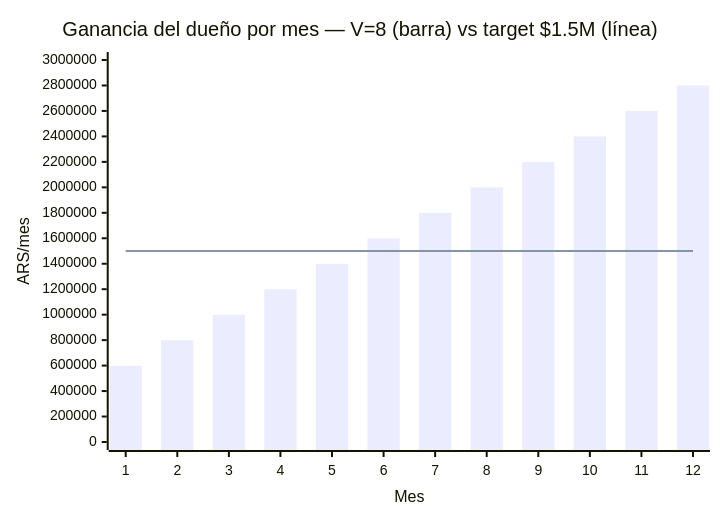
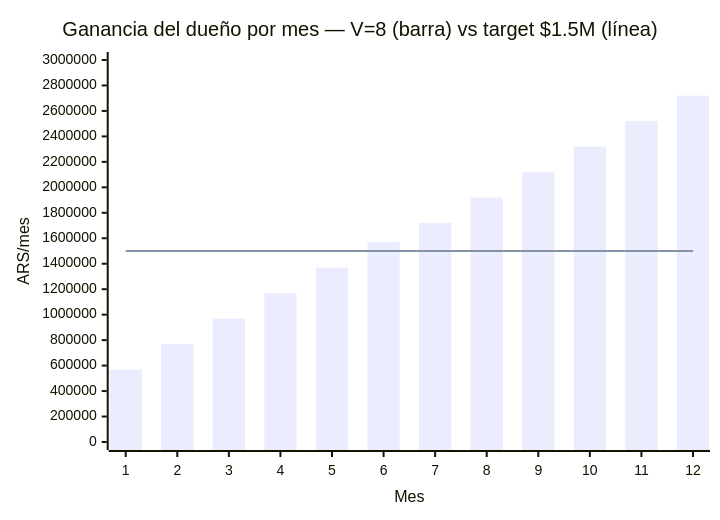
One commit to dantofema/comercial changed the first of 3 diagrams in vinotecas/lsp-vendedor.md. Above: the diagram before and after it, drawn with Mermaid. The commit also changed other lines of this file, not shown here.

````diff
--- a/vinotecas/lsp-vendedor.md
+++ b/vinotecas/lsp-vendedor.md
@@ -115,8 +124,8 @@
 ```mermaid
 xychart-beta
     title "Ganancia del dueño por mes — V=8 (barra) vs target $1.5M (línea)"
     x-axis "Mes" [1,2,3,4,5,6,7,8,9,10,11,12]
     y-axis "ARS/mes" 0 --> 3000000
-    bar [598900,799000,999100,1199200,1399300,1599400,1799500,1999600,2199700,2399800,2599900,2800000]
+    bar [568900,769000,969100,1169200,1369300,1569400,1719500,1919600,2119700,2319800,2519900,2720000]
     line [1500000,1500000,1500000,1500000,1500000,1500000,1500000,1500000,1500000,1500000,1500000,1500000]
 ```
````
